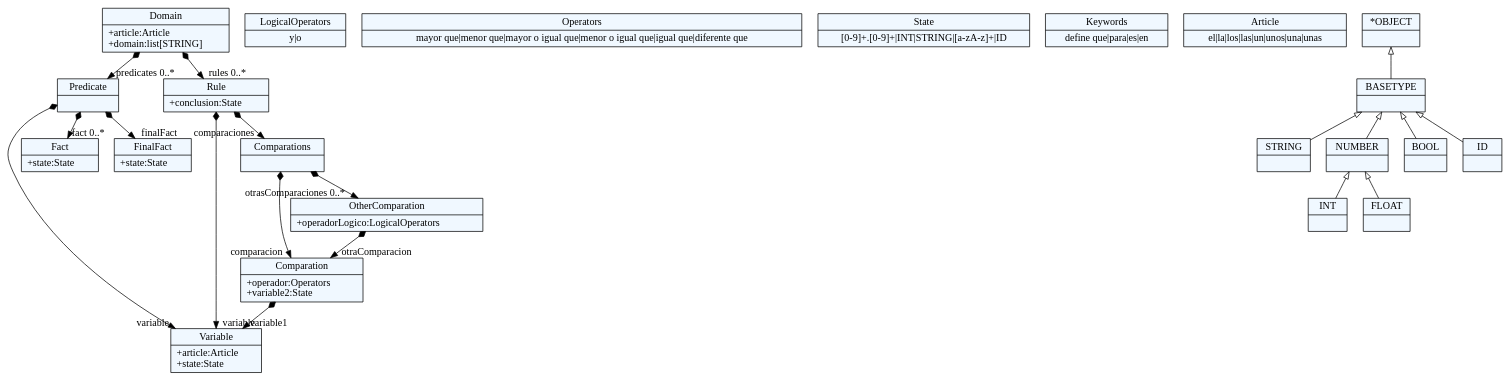
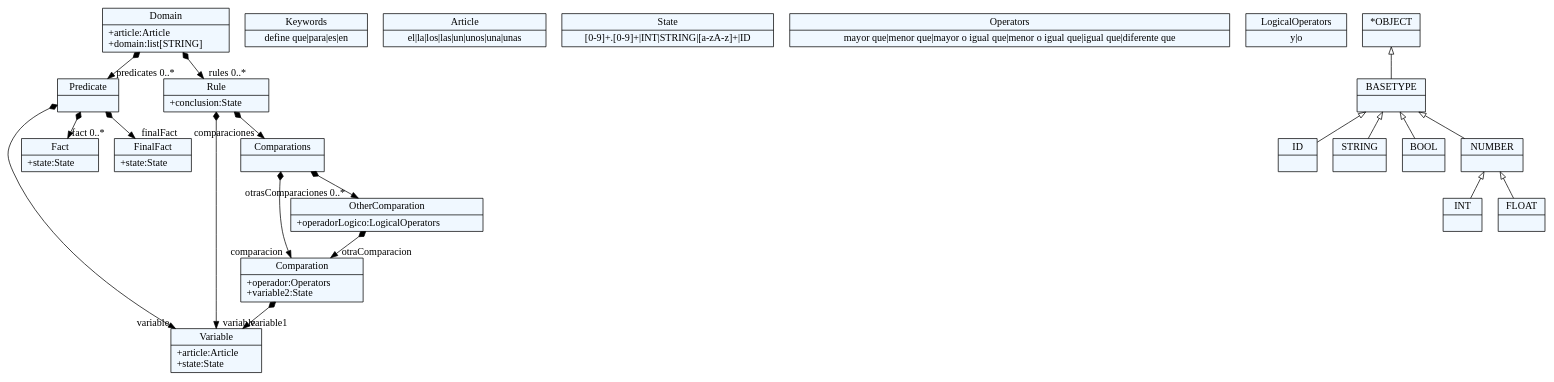
Before and after one commit to CarlosGutierrezArdila/DSL4UDRules: the diagram in gramatica.tx.dot, drawn with Graphviz. The commit also changed 5 other files, not shown here.

```diff
--- a/gramatica.tx.dot
+++ b/gramatica.tx.dot
@@ -1,77 +1,77 @@
 
     digraph xtext {
     fontname = "Bitstream Vera Sans"
     fontsize = 8
     node[
         shape=record,
         style=filled,
         fillcolor=aliceblue
     ]
     nodesep = 0.3
     edge[dir=black,arrowtail=empty]
 
 
-94723862270304 -> 94723862489936[arrowtail=diamond, dir=both, headlabel="predicates 0..*"]
-94723862270304 -> 94723862582000[arrowtail=diamond, dir=both, headlabel="rules 0..*"]
-94723862270304[ label="{Domain|+article:Article\l+domain:list[STRING]\l}"]
+140062235832 -> 140062504456[arrowtail=diamond, dir=both, headlabel="predicates 0..*"]
+140062235832 -> 140062547880[arrowtail=diamond, dir=both, headlabel="rules 0..*"]
+140062235832[ label="{Domain|+article:Article\l+domain:list[STRING]\l}"]
 
-94723862542368 -> 94723862282912[arrowtail=diamond, dir=both, headlabel="variable1 "]
-94723862542368[ label="{Comparation|+operador:Operators\l+variable2:State\l}"]
+140062219224[ label="{Keywords|define que\|para\|es\|en}"]
 
-94723862554416[ label="{LogicalOperators|y\|o}"]
+140062494568[ label="{Article|el\|la\|los\|las\|un\|unos\|una\|unas}"]
 
-94723862530816[ label="{Operators|mayor que\|menor que\|mayor o igual que\|menor o igual que\|igual que\|diferente que}"]
+140062499512[ label="{Variable|+article:Article\l+state:State\l}"]
 
-94723862572240 -> 94723862542368[arrowtail=diamond, dir=both, headlabel="comparacion "]
-94723862572240 -> 94723862562544[arrowtail=diamond, dir=both, headlabel="otrasComparaciones 0..*"]
-94723862572240[ label="{Comparations|}"]
+140062504456 -> 140062499512[arrowtail=diamond, dir=both, headlabel="variable "]
+140062504456 -> 140062509400[arrowtail=diamond, dir=both, headlabel="fact 0..*"]
+140062504456 -> 140060279736[arrowtail=diamond, dir=both, headlabel="finalFact "]
+140062504456[ label="{Predicate|}"]
 
-94723862489936 -> 94723862282912[arrowtail=diamond, dir=both, headlabel="variable "]
-94723862489936 -> 94723862501200[arrowtail=diamond, dir=both, headlabel="fact 0..*"]
-94723862489936 -> 94723862512464[arrowtail=diamond, dir=both, headlabel="finalFact "]
-94723862489936[ label="{Predicate|}"]
+140062509400[ label="{Fact|+state:State\l}"]
 
-94723862582000 -> 94723862572240[arrowtail=diamond, dir=both, headlabel="comparaciones "]
-94723862582000 -> 94723862282912[arrowtail=diamond, dir=both, headlabel="variable "]
-94723862582000[ label="{Rule|+conclusion:State\l}"]
+140060279736[ label="{FinalFact|+state:State\l}"]
 
-94723862282912[ label="{Variable|+article:Article\l+state:State\l}"]
+140060284680[ label="{State|[0-9]+.[0-9]+\|INT\|STRING\|[a-zA-z]+\|ID}"]
 
-94723862521376[ label="{State|[0-9]+.[0-9]+\|INT\|STRING\|[a-zA-z]+\|ID}"]
+140062512344[ label="{Operators|mayor que\|menor que\|mayor o igual que\|menor o igual que\|igual que\|diferente que}"]
 
-94723862462160[ label="{Keywords|define que\|para\|es\|en}"]
+140062497512 -> 140062499512[arrowtail=diamond, dir=both, headlabel="variable1 "]
+140062497512[ label="{Comparation|+operador:Operators\l+variable2:State\l}"]
 
-94723862472080[ label="{Article|el\|la\|los\|las\|un\|unos\|una\|unas}"]
+140062286952[ label="{LogicalOperators|y\|o}"]
 
-94723862512464[ label="{FinalFact|+state:State\l}"]
+140062536808 -> 140062497512[arrowtail=diamond, dir=both, headlabel="otraComparacion "]
+140062536808[ label="{OtherComparation|+operadorLogico:LogicalOperators\l}"]
 
-94723862562544 -> 94723862542368[arrowtail=diamond, dir=both, headlabel="otraComparacion "]
-94723862562544[ label="{OtherComparation|+operadorLogico:LogicalOperators\l}"]
+140062542344 -> 140062497512[arrowtail=diamond, dir=both, headlabel="comparacion "]
+140062542344 -> 140062536808[arrowtail=diamond, dir=both, headlabel="otrasComparaciones 0..*"]
+140062542344[ label="{Comparations|}"]
 
-94723862501200[ label="{Fact|+state:State\l}"]
+140062547880 -> 140062542344[arrowtail=diamond, dir=both, headlabel="comparaciones "]
+140062547880 -> 140062499512[arrowtail=diamond, dir=both, headlabel="variable "]
+140062547880[ label="{Rule|+conclusion:State\l}"]
 
-94723862289920[ label="{*OBJECT|}"]
-94723862289920 -> 94723862284928 [dir=back]
+140062215688[ label="{ID|}"]
 
-94723861913680[ label="{STRING|}"]
+140062221224[ label="{STRING|}"]
 
-94723862284928[ label="{BASETYPE|}"]
-94723862284928 -> 94723862279936 [dir=back]
-94723862284928 -> 94723862271360 [dir=back]
-94723862284928 -> 94723862239104 [dir=back]
-94723862284928 -> 94723861913680 [dir=back]
+140062226760[ label="{BOOL|}"]
 
-94723862277136[ label="{INT|}"]
+140062232296[ label="{INT|}"]
 
-94723861911664[ label="{FLOAT|}"]
+140062237832[ label="{FLOAT|}"]
 
-94723862279936[ label="{NUMBER|}"]
-94723862279936 -> 94723861911664 [dir=back]
-94723862279936 -> 94723862277136 [dir=back]
+140062288952[ label="{NUMBER|}"]
+140062288952 -> 140062237832 [dir=back]
+140062288952 -> 140062232296 [dir=back]
 
-94723862271360[ label="{BOOL|}"]
+140062293896[ label="{BASETYPE|}"]
+140062293896 -> 140062288952 [dir=back]
+140062293896 -> 140062226760 [dir=back]
+140062293896 -> 140062215688 [dir=back]
+140062293896 -> 140062221224 [dir=back]
 
-94723862239104[ label="{ID|}"]
+140062300024[ label="{*OBJECT|}"]
+140062300024 -> 140062293896 [dir=back]
 
 
 }
```
